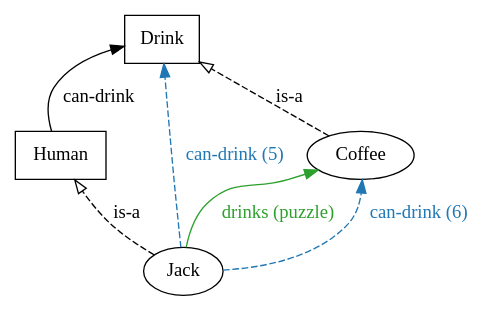
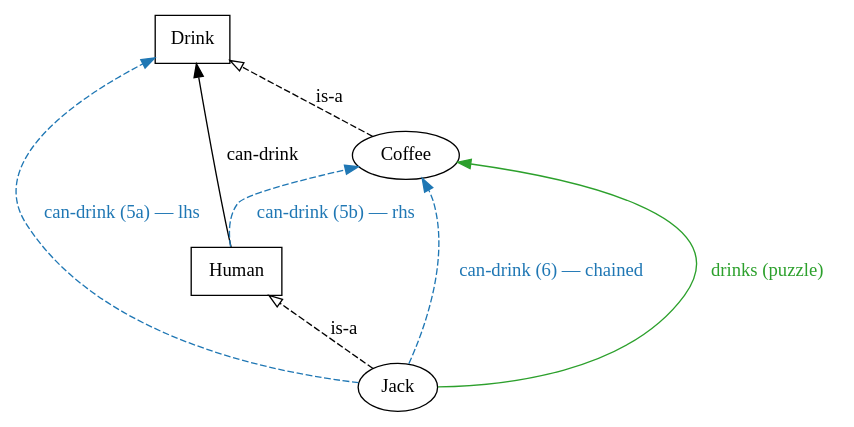
One commit to agutikov/ein changed the second of 3 diagrams in docs/kernel/ir/01-ein-graph/04_jack_drinks_coffee.md. Above: the diagram before and after it, drawn with Graphviz. The commit also changed other lines of this file and 23 other files, not shown here.

````diff
--- a/docs/kernel/ir/01-ein-graph/04_jack_drinks_coffee.md
+++ b/docs/kernel/ir/01-ein-graph/04_jack_drinks_coffee.md
@@ -138,27 +165,28 @@
 ```dot
 digraph jack_compact_after {
   rankdir=BT;
 
   // Types
   Human [shape=box];
   Drink [shape=box];
 
   // Instances
   Jack   [shape=ellipse];
   Coffee [shape=ellipse];
 
   // Type-edges
   Jack   -> Human [style=dashed, arrowhead=empty, label="is-a"];
   Coffee -> Drink [style=dashed, arrowhead=empty, label="is-a"];
 
   // Type-level relation
   Human -> Drink [label="can-drink"];
 
   // Explicit puzzle fact
   Jack -> Coffee [label="drinks (puzzle)", color="#2ca02c", fontcolor="#2ca02c"];
 
   // Inherited (reasoning layer, dashed)
-  Jack -> Drink  [label="can-drink (5)",  color="#1f77b4", fontcolor="#1f77b4", style=dashed];
-  Jack -> Coffee [label="can-drink (6)",  color="#1f77b4", fontcolor="#1f77b4", style=dashed];
+  Jack  -> Drink  [label="can-drink (5a) — lhs", color="#1f77b4", fontcolor="#1f77b4", style=dashed];
+  Human -> Coffee [label="can-drink (5b) — rhs", color="#1f77b4", fontcolor="#1f77b4", style=dashed];
+  Jack  -> Coffee [label="can-drink (6) — chained", color="#1f77b4", fontcolor="#1f77b4", style=dashed];
 }
 ```
````
